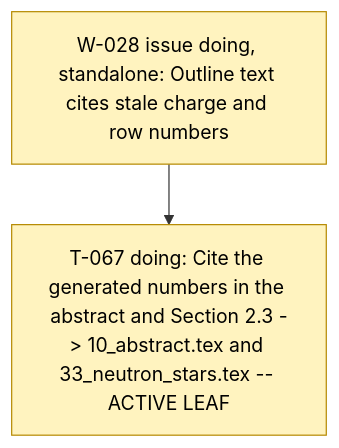
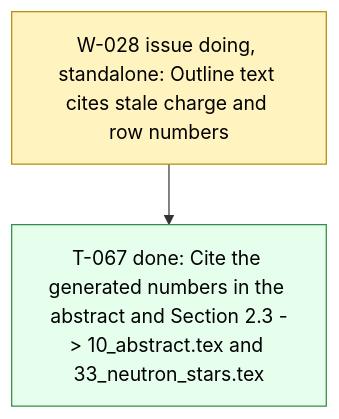
Before and after one commit to dpopchev/surrogate-models: the diagram in .board/BOARD.md, drawn with Mermaid. The commit also changed other lines of this file and 1 other file, not shown here.

Commit message:
chore: close T-067 on the board
Refs: W-028 T-067

````diff
--- a/.board/BOARD.md
+++ b/.board/BOARD.md
@@ -185,11 +185,12 @@
 ```mermaid
 flowchart TD
   W028["W-028 issue doing, standalone: Outline text cites stale charge and row numbers"]
-  W028 --> T067["T-067 doing: Cite the generated numbers in the abstract and Section 2.3 -> 10_abstract.tex and 33_neutron_stars.tex -- ACTIVE LEAF"]
+  W028 --> T067["T-067 done: Cite the generated numbers in the abstract and Section 2.3 -> 10_abstract.tex and 33_neutron_stars.tex"]
   classDef doing fill:#fff3bf,stroke:#b58900,color:#000;
   classDef blocked fill:#ffe3e3,stroke:#c92a2a,color:#000;
   classDef done fill:#e6ffed,stroke:#2b8a3e,color:#000;
   classDef todo fill:#f8f9fa,stroke:#868e96,color:#000;
   classDef pruned fill:#f1f3f5,stroke:#adb5bd,color:#000;
-  class W028,T067 doing
+  class W028 doing
+  class T067 done
 ```
````
